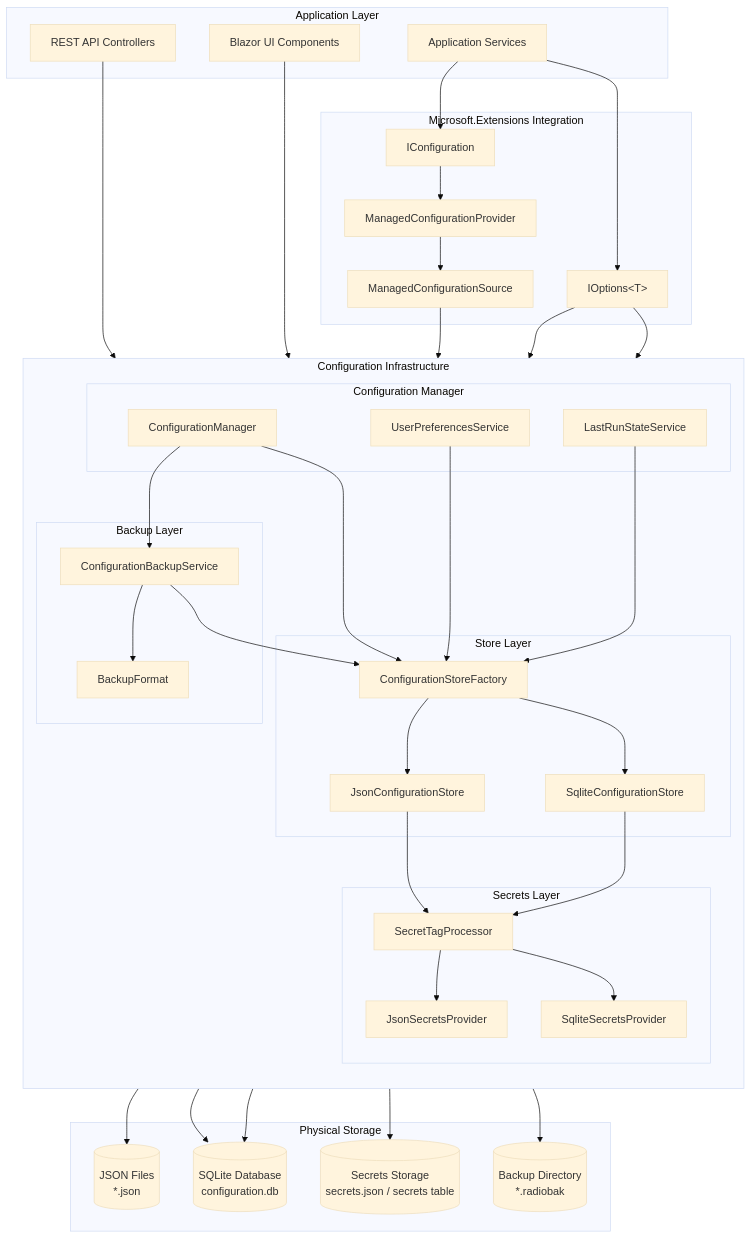
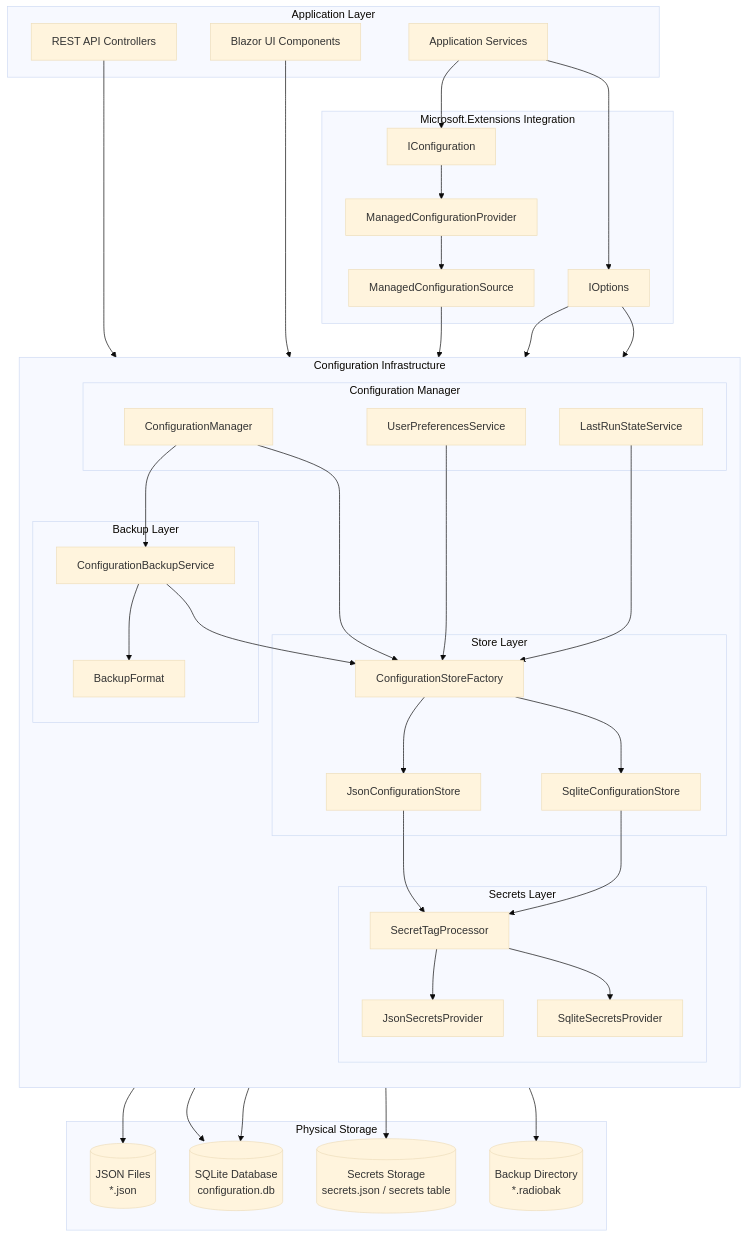
The second of 13 diagrams in design/CONFIGURATION.md (mmackelprang/RTest), drawn with Mermaid (base theme) before and after one commit. The commit also changed other lines of this file and 32 other files, not shown here.

First line of the commit message:
Implement Bluetooth service architecture with platform-specific implementations

```diff
--- a/design/CONFIGURATION.md
+++ b/design/CONFIGURATION.md
@@ -174,7 +174,7 @@
     
     subgraph Extensions["Microsoft.Extensions Integration"]
         IConfig["IConfiguration"]
-        IOptions["IOptions&lt;T&gt;"]
+        IOptions["IOptions<T>"]
         MCP["ManagedConfigurationProvider"]
         MCS["ManagedConfigurationSource"]
     end
```
